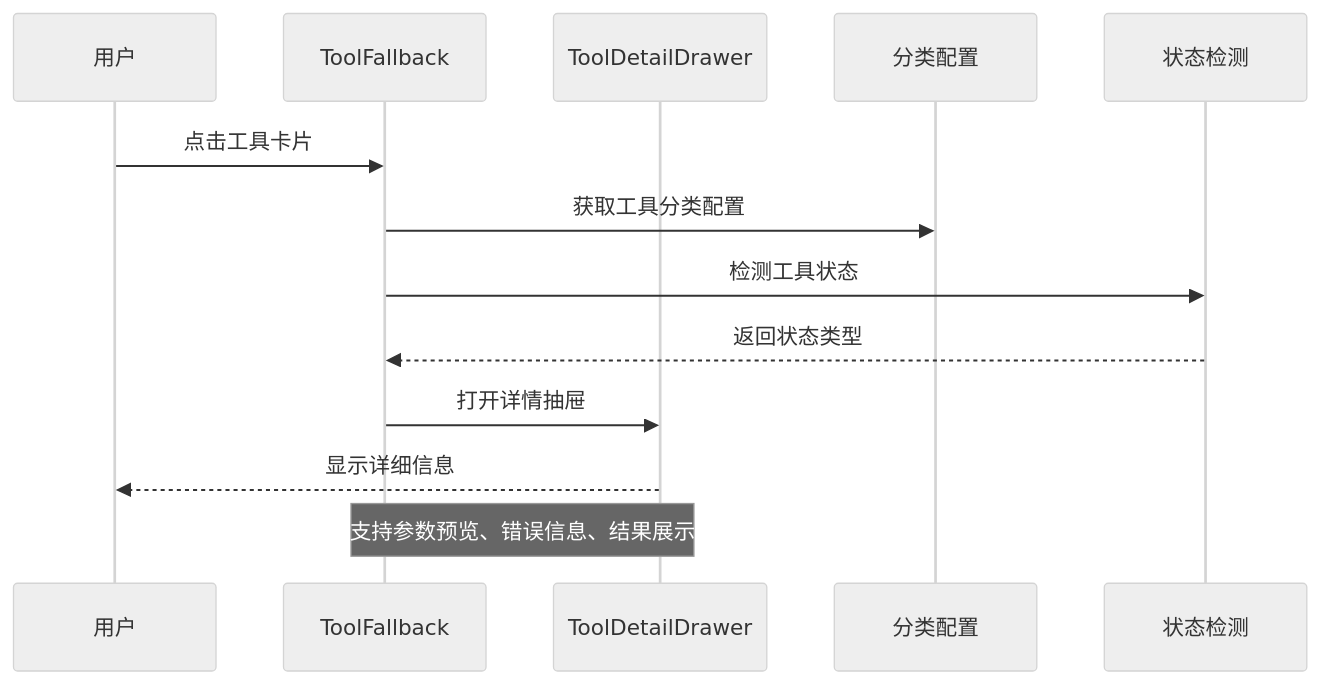
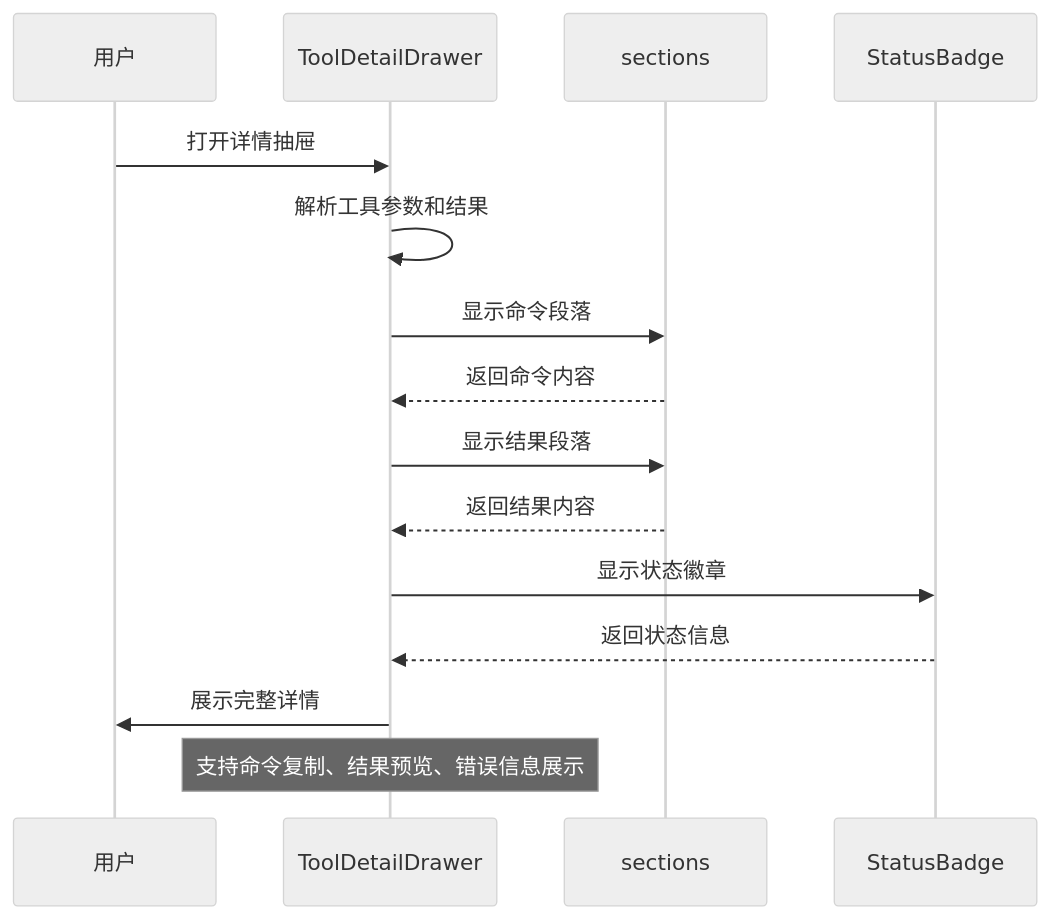
The fifth of 16 diagrams in .qoder/repowiki/zh/content/Web界面/UI组件系统/工具UI组件/工具UI组件.md (verse-ai-org/openclaw), drawn with Mermaid (neutral theme) before and after one commit. The commit also changed other lines of this file and 26 other files, not shown here.

````diff
--- a/.qoder/repowiki/zh/content/Web界面/UI组件系统/工具UI组件/工具UI组件.md
+++ b/.qoder/repowiki/zh/content/Web界面/UI组件系统/工具UI组件/工具UI组件.md
@@ -374,15 +459,17 @@
 ```mermaid
 sequenceDiagram
 participant U as 用户
-participant TF as ToolFallback
-participant TDC as ToolDetailDrawer
-participant CFG as 分类配置
-participant ST as 状态检测
-U->>TF : 点击工具卡片
-TF->>CFG : 获取工具分类配置
-TF->>ST : 检测工具状态
-ST-->>TF : 返回状态类型
-TF->>TDC : 打开详情抽屉
-TDC-->>U : 显示详细信息
-Note over TF,TDC : 支持参数预览、错误信息、结果展示
+participant DD as ToolDetailDrawer
+participant SE as sections
+participant SB as StatusBadge
+U->>DD : 打开详情抽屉
+DD->>DD : 解析工具参数和结果
+DD->>SE : 显示命令段落
+SE-->>DD : 返回命令内容
+DD->>SE : 显示结果段落
+SE-->>DD : 返回结果内容
+DD->>SB : 显示状态徽章
+SB-->>DD : 返回状态信息
+DD->>U : 展示完整详情
+Note over DD : 支持命令复制、结果预览、错误信息展示
 ```
````
